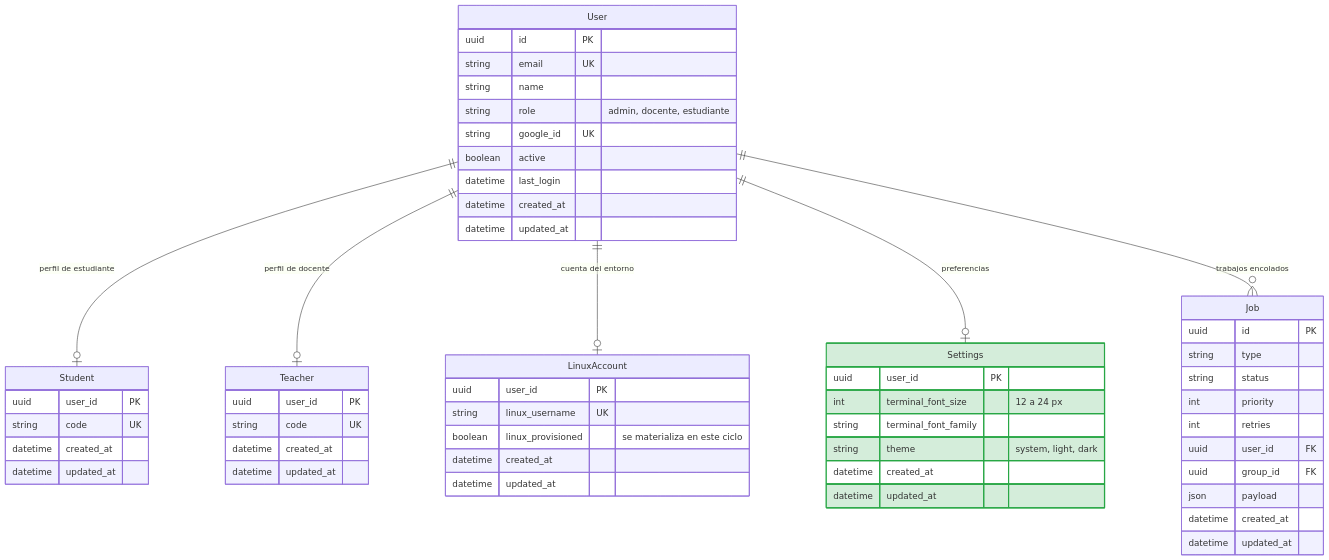
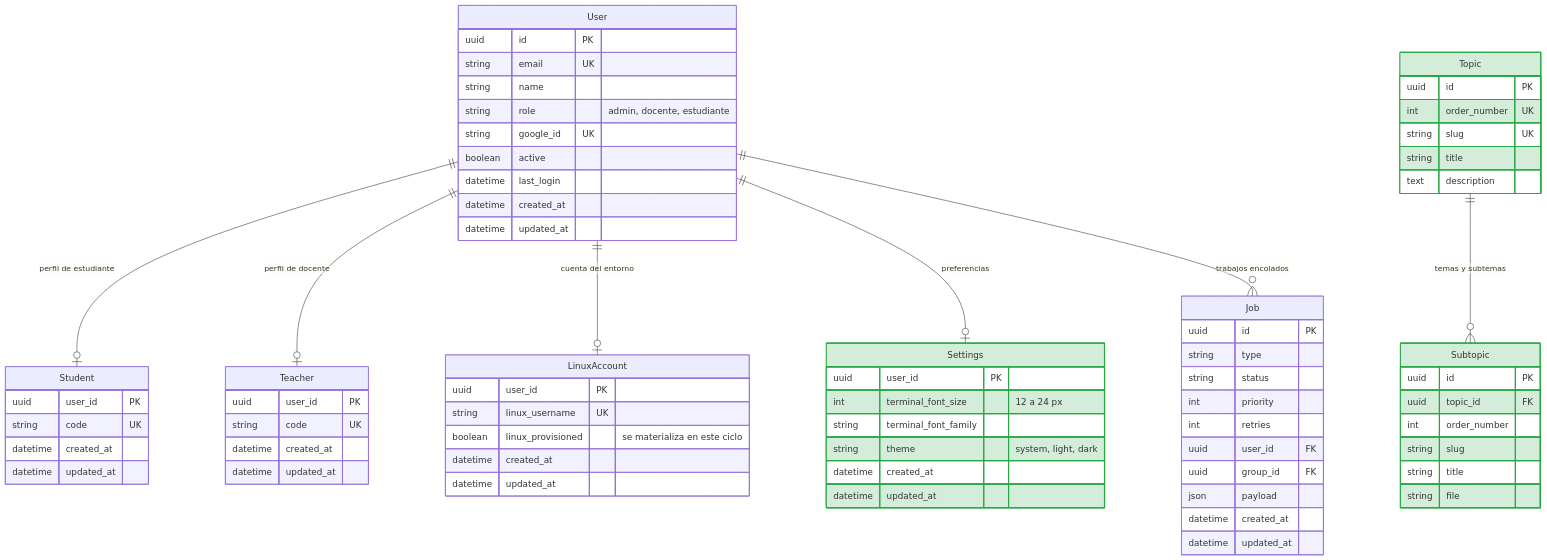
One commit to LinuxLab-UFPS/LinuxLab changed the diagram in docs/SRS-iteracion-2.md. Above: the diagram before and after it, drawn with Mermaid. The commit also changed other lines of this file and 12 other files, not shown here.

````diff
--- a/docs/SRS-iteracion-2.md
+++ b/docs/SRS-iteracion-2.md
@@ -38,62 +38,78 @@
 ```mermaid
 erDiagram
     User ||--o| Student : "perfil de estudiante"
     User ||--o| Teacher : "perfil de docente"
     User ||--o| LinuxAccount : "cuenta del entorno"
     User ||--o| Settings : "preferencias"
     User ||--o{ Job : "trabajos encolados"
+    Topic ||--o{ Subtopic : "temas y subtemas"
 
     User {
         uuid id PK
         string email UK
         string name
         string role "admin, docente, estudiante"
         string google_id UK
         boolean active
         datetime last_login
         datetime created_at
         datetime updated_at
     }
     Student {
         uuid user_id PK
         string code UK
         datetime created_at
         datetime updated_at
     }
     Teacher {
         uuid user_id PK
         string code UK
         datetime created_at
         datetime updated_at
     }
     LinuxAccount {
         uuid user_id PK
         string linux_username UK
         boolean linux_provisioned "se materializa en este ciclo"
         datetime created_at
         datetime updated_at
     }
     Settings {
         uuid user_id PK
         int terminal_font_size "12 a 24 px"
         string terminal_font_family
         string theme "system, light, dark"
         datetime created_at
         datetime updated_at
     }
+    Topic {
+        uuid id PK
+        int order_number UK
+        string slug UK
+        string title
+        text description
+    }
+    Subtopic {
+        uuid id PK
+        uuid topic_id FK
+        int order_number
+        string slug
+        string title
+        string file
+    }
     Job {
         uuid id PK
         string type
         string status
         int priority
         int retries
         uuid user_id FK
         uuid group_id FK
         json payload
         datetime created_at
         datetime updated_at
     }
 
     classDef nueva fill:#d4edda,stroke:#28a745,stroke-width:2px
-    class Settings nueva
+    class Settings,Topic,Subtopic nueva
 ```
````
